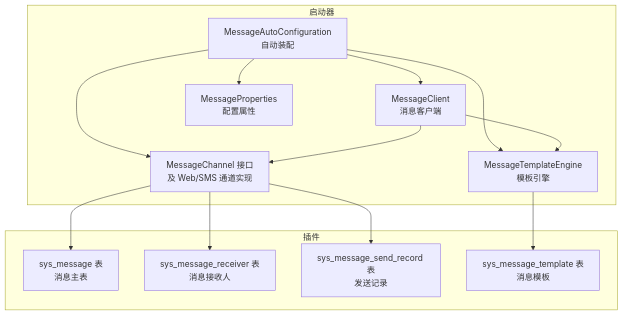
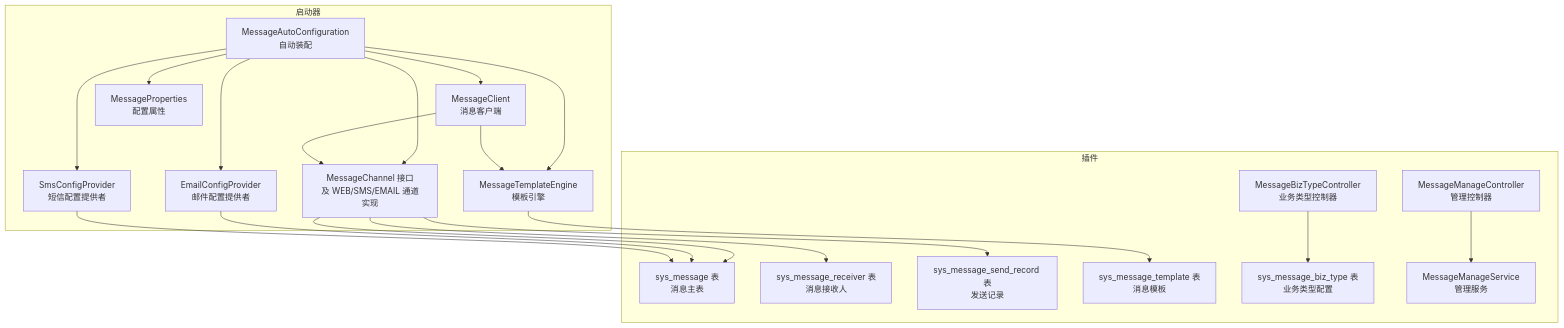
The first of 7 diagrams in .qoder/repowiki/zh/content/后端框架详解/专用功能模块/消息通知模块.md (yaomindong1996/forge-admin), drawn with Mermaid before and after one commit. The commit also changed other lines of this file and 57 other files, not shown here.

````diff
--- a/.qoder/repowiki/zh/content/后端框架详解/专用功能模块/消息通知模块.md
+++ b/.qoder/repowiki/zh/content/后端框架详解/专用功能模块/消息通知模块.md
@@ -37,26 +62,38 @@
 ```mermaid
 graph TB
 subgraph "启动器"
 A["MessageAutoConfiguration<br/>自动装配"]
 B["MessageClient<br/>消息客户端"]
 C["MessageTemplateEngine<br/>模板引擎"]
-D["MessageChannel 接口<br/>及 Web/SMS 通道实现"]
+D["MessageChannel 接口<br/>及 WEB/SMS/EMAIL 通道实现"]
 E["MessageProperties<br/>配置属性"]
+F["EmailConfigProvider<br/>邮件配置提供者"]
+G["SmsConfigProvider<br/>短信配置提供者"]
 end
 subgraph "插件"
-F["sys_message 表<br/>消息主表"]
-G["sys_message_receiver 表<br/>消息接收人"]
-H["sys_message_send_record 表<br/>发送记录"]
-I["sys_message_template 表<br/>消息模板"]
+H["sys_message 表<br/>消息主表"]
+I["sys_message_receiver 表<br/>消息接收人"]
+J["sys_message_send_record 表<br/>发送记录"]
+K["sys_message_template 表<br/>消息模板"]
+L["sys_message_biz_type 表<br/>业务类型配置"]
+M["MessageManageController<br/>管理控制器"]
+N["MessageBizTypeController<br/>业务类型控制器"]
+O["MessageManageService<br/>管理服务"]
 end
 A --> B
 A --> C
 A --> D
 A --> E
+A --> F
+A --> G
 B --> C
 B --> D
-D --> F
-D --> G
 D --> H
-C --> I
+D --> I
+D --> J
+C --> K
+F --> H
+G --> H
+M --> O
+N --> L
 ```
````
